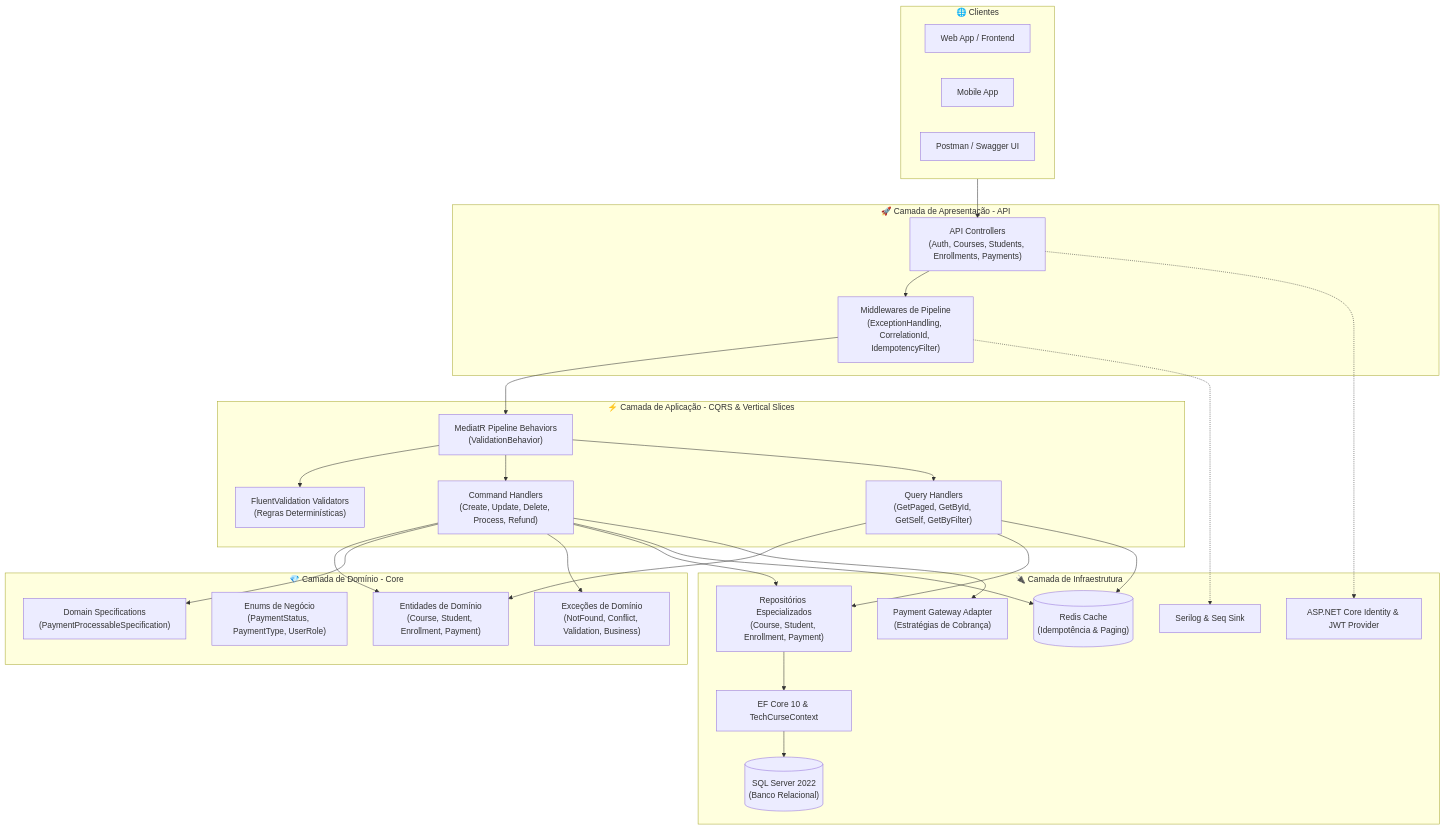
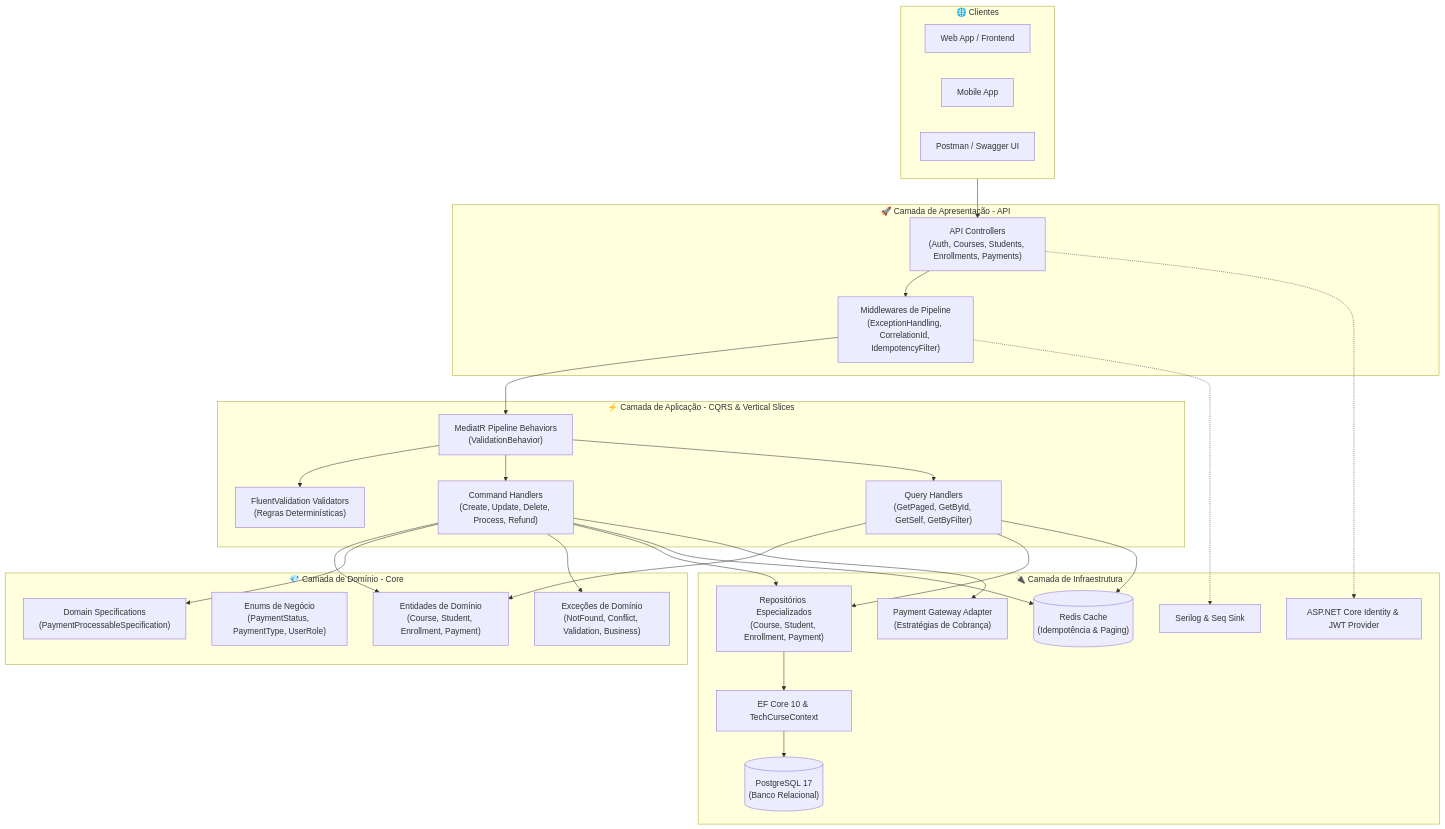
The first of 3 diagrams in README.md (liuizn/tech-curse), drawn with Mermaid before and after one commit. The commit also changed other lines of this file and 3 other files, not shown here.

````diff
--- a/README.md
+++ b/README.md
@@ -34,56 +34,56 @@
 ```mermaid
 flowchart TD
     subgraph ClientLayer ["🌐 Clientes"]
         Web["Web App / Frontend"]
         Mobile["Mobile App"]
         Postman["Postman / Swagger UI"]
     end
 
     subgraph APILayer ["🚀 Camada de Apresentação - API"]
         Controllers["API Controllers<br/>(Auth, Courses, Students, Enrollments, Payments)"]
         MiddlewareStack["Middlewares de Pipeline<br/>(ExceptionHandling, CorrelationId, IdempotencyFilter)"]
     end
 
     subgraph AppLayer ["⚡ Camada de Aplicação - CQRS & Vertical Slices"]
         PipelineBehaviors["MediatR Pipeline Behaviors<br/>(ValidationBehavior)"]
         Commands["Command Handlers<br/>(Create, Update, Delete, Process, Refund)"]
         Queries["Query Handlers<br/>(GetPaged, GetById, GetSelf, GetByFilter)"]
         Validators["FluentValidation Validators<br/>(Regras Determinísticas)"]
     end
 
     subgraph DomainLayer ["💎 Camada de Domínio - Core"]
         Entities["Entidades de Domínio<br/>(Course, Student, Enrollment, Payment)"]
         Enums["Enums de Negócio<br/>(PaymentStatus, PaymentType, UserRole)"]
         Specs["Domain Specifications<br/>(PaymentProcessableSpecification)"]
         DomainExceptions["Exceções de Domínio<br/>(NotFound, Conflict, Validation, Business)"]
     end
 
     subgraph InfraLayer ["🔌 Camada de Infraestrutura"]
         EFCore["EF Core 10 & TechCurseContext"]
         Repositories["Repositórios Especializados<br/>(Course, Student, Enrollment, Payment)"]
         RedisCache[("Redis Cache<br/>(Idempotência & Paging)")]
-        SQLServer[("SQL Server 2022<br/>(Banco Relacional)")]
+        PostgreSQL[("PostgreSQL 17<br/>(Banco Relacional)")]
         GatewayAdapter["Payment Gateway Adapter<br/>(Estratégias de Cobrança)"]
         IdentityService["ASP.NET Core Identity & JWT Provider"]
         Logging["Serilog & Seq Sink"]
     end
 
     ClientLayer --> Controllers
     Controllers --> MiddlewareStack
     MiddlewareStack --> PipelineBehaviors
     PipelineBehaviors --> Validators
     PipelineBehaviors --> Commands
     PipelineBehaviors --> Queries
     Commands --> Entities
     Commands --> Specs
     Commands --> DomainExceptions
     Queries --> Entities
     Commands --> Repositories
     Commands --> RedisCache
     Commands --> GatewayAdapter
     Queries --> Repositories
     Queries --> RedisCache
-    Repositories --> EFCore --> SQLServer
+    Repositories --> EFCore --> PostgreSQL
     Controllers -.-> IdentityService
     MiddlewareStack -.-> Logging
 ```
````
